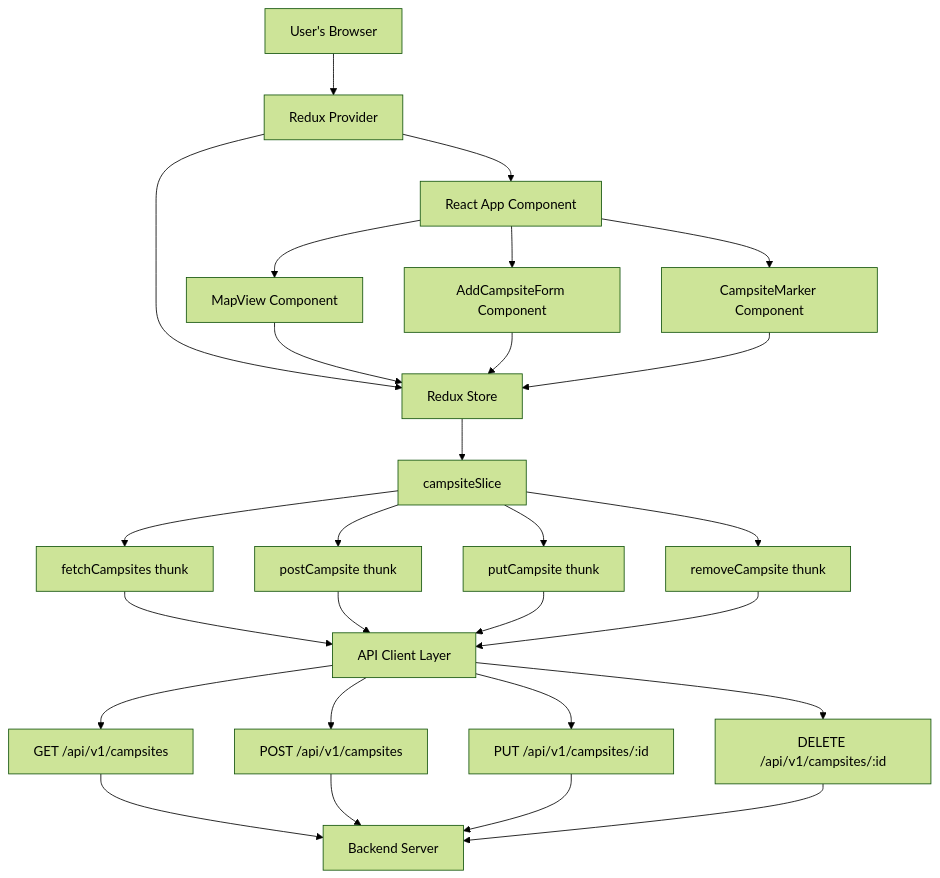
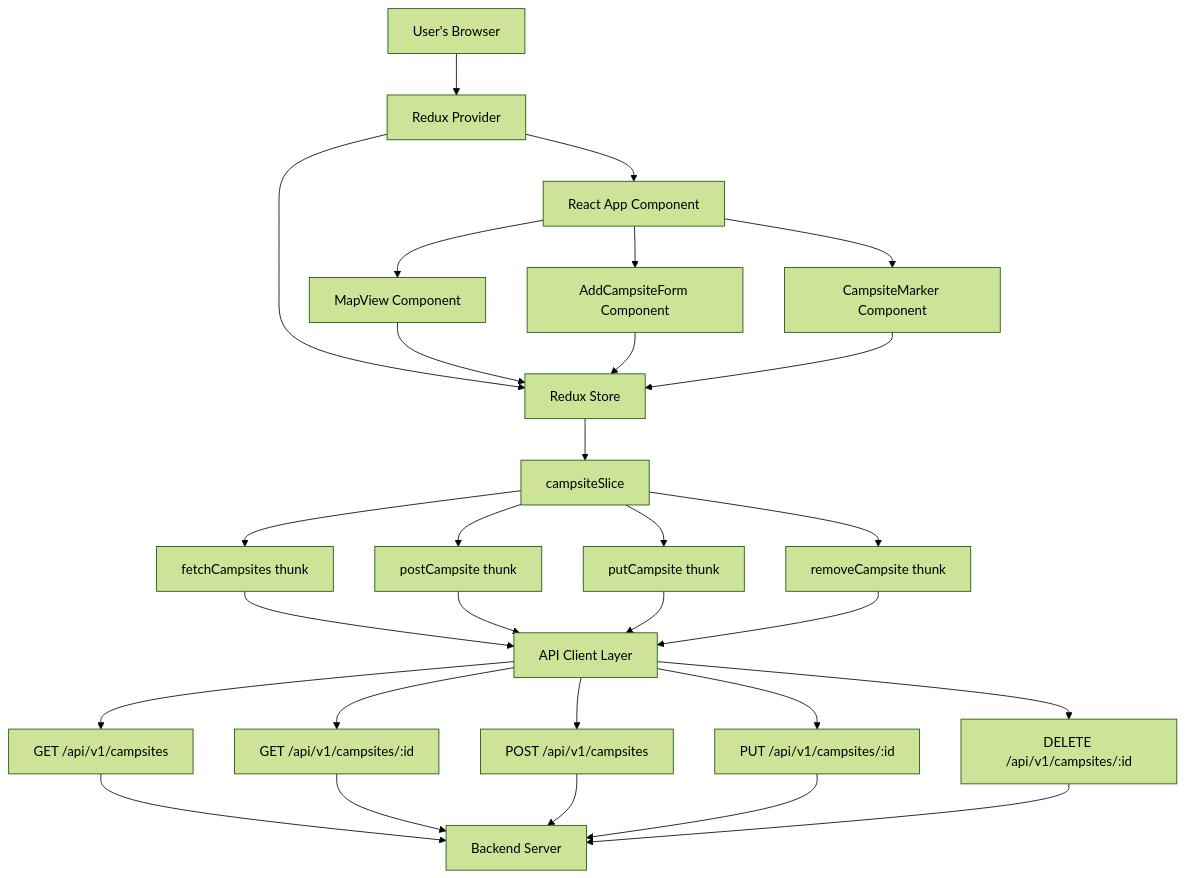
Before and after one commit to baileydunning/campsights: the first of 2 diagrams in README.md, drawn with Mermaid (forest theme). The commit also changed other lines of this file and 7 other files, not shown here.

````diff
--- a/README.md
+++ b/README.md
@@ -38,35 +43,37 @@
 ```mermaid
 flowchart TD
     A[User's Browser] --> B[Redux Provider]
     B --> C[Redux Store]
     B --> D[React App Component]
     
     D --> E[MapView Component]
     D --> F[AddCampsiteForm Component]
     D --> G[CampsiteMarker Component]
     
     E --> C
     F --> C
     G --> C
     
     C --> H[campsiteSlice]
     H --> I[fetchCampsites thunk]
     H --> J[postCampsite thunk]
     H --> K[putCampsite thunk]
     H --> L[removeCampsite thunk]
     
     I --> M[API Client Layer]
     J --> M
     K --> M
     L --> M
     
     M --> N[GET /api/v1/campsites]
+    M --> N2[GET /api/v1/campsites/:id]
     M --> O[POST /api/v1/campsites]
     M --> P[PUT /api/v1/campsites/:id]
     M --> Q[DELETE /api/v1/campsites/:id]
     
     N --> T[Backend Server]
+    N2 --> T
     O --> T
     P --> T
     Q --> T
 ```
````
